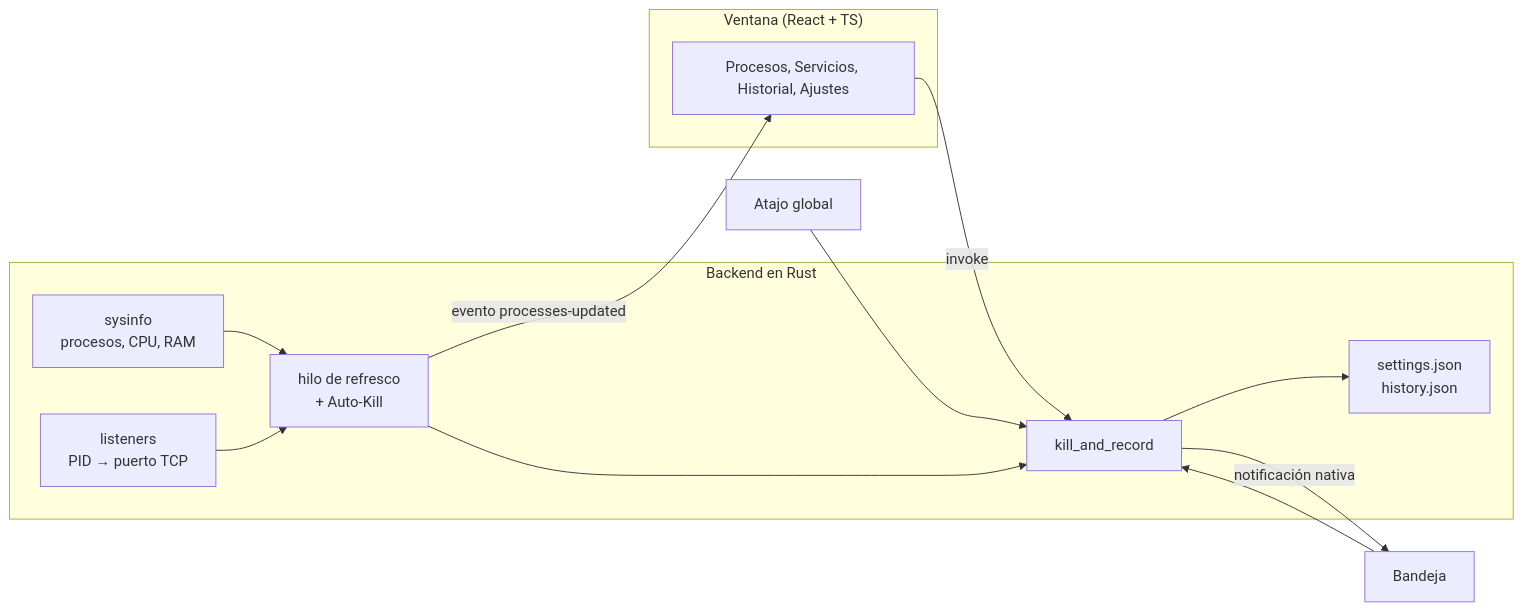
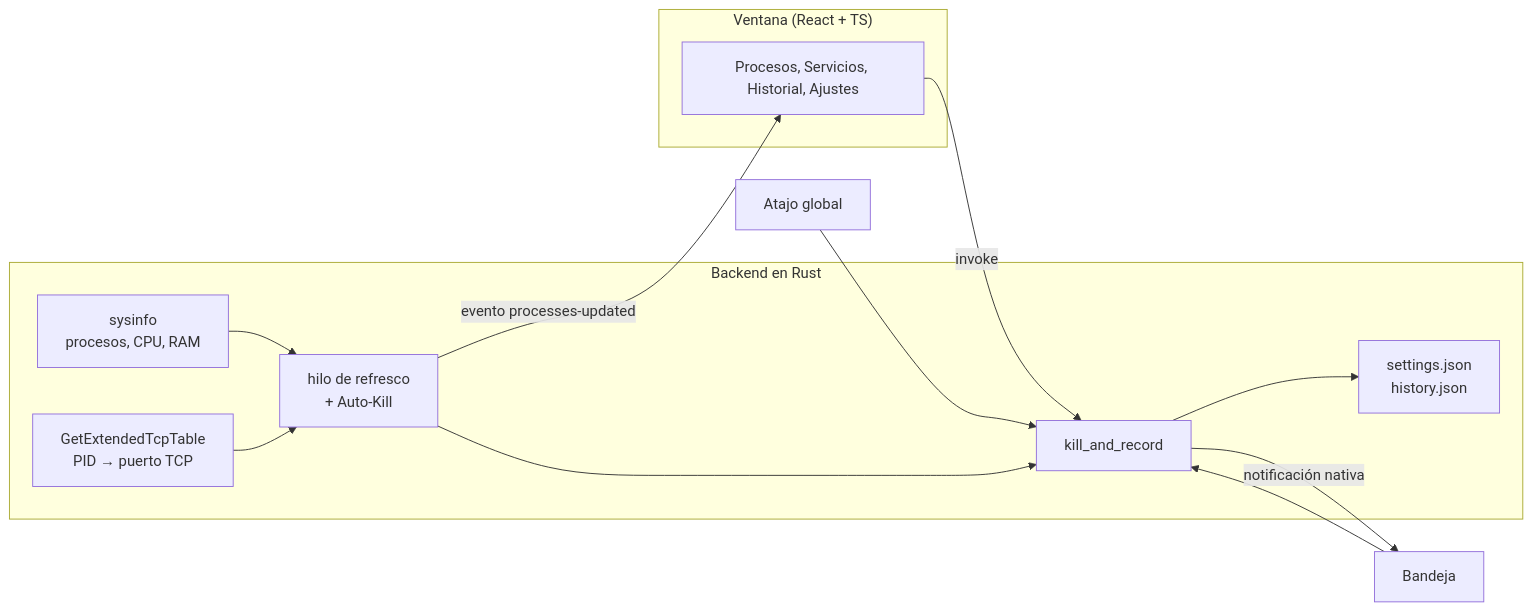
The diagram in README.md (xfiberex/ProcessDevKill), drawn with Mermaid before and after one commit. The commit also changed other lines of this file and 5 other files, not shown here.

First line of the commit message:
Pone al día ROADMAP, DESIGN.md y README tras la tanda de la fase I

````diff
--- a/README.md
+++ b/README.md
@@ -139,25 +139,25 @@
 ```mermaid
 flowchart LR
     subgraph Rust["Backend en Rust"]
         S["sysinfo<br/>procesos, CPU, RAM"]
-        L["listeners<br/>PID → puerto TCP"]
+        L["GetExtendedTcpTable<br/>PID → puerto TCP"]
         H["hilo de refresco<br/>+ Auto-Kill"]
         K["kill_and_record"]
         J["settings.json<br/>history.json"]
     end
     subgraph Web["Ventana (React + TS)"]
         U["Procesos, Servicios, Historial, Ajustes"]
     end
     B["Bandeja"]
     A["Atajo global"]
 
     S --> H
     L --> H
     H -- "evento processes-updated" --> U
     U -- "invoke" --> K
     B --> K
     A --> K
     H --> K
     K --> J
     K -- "notificación nativa" --> B
 ```
````
